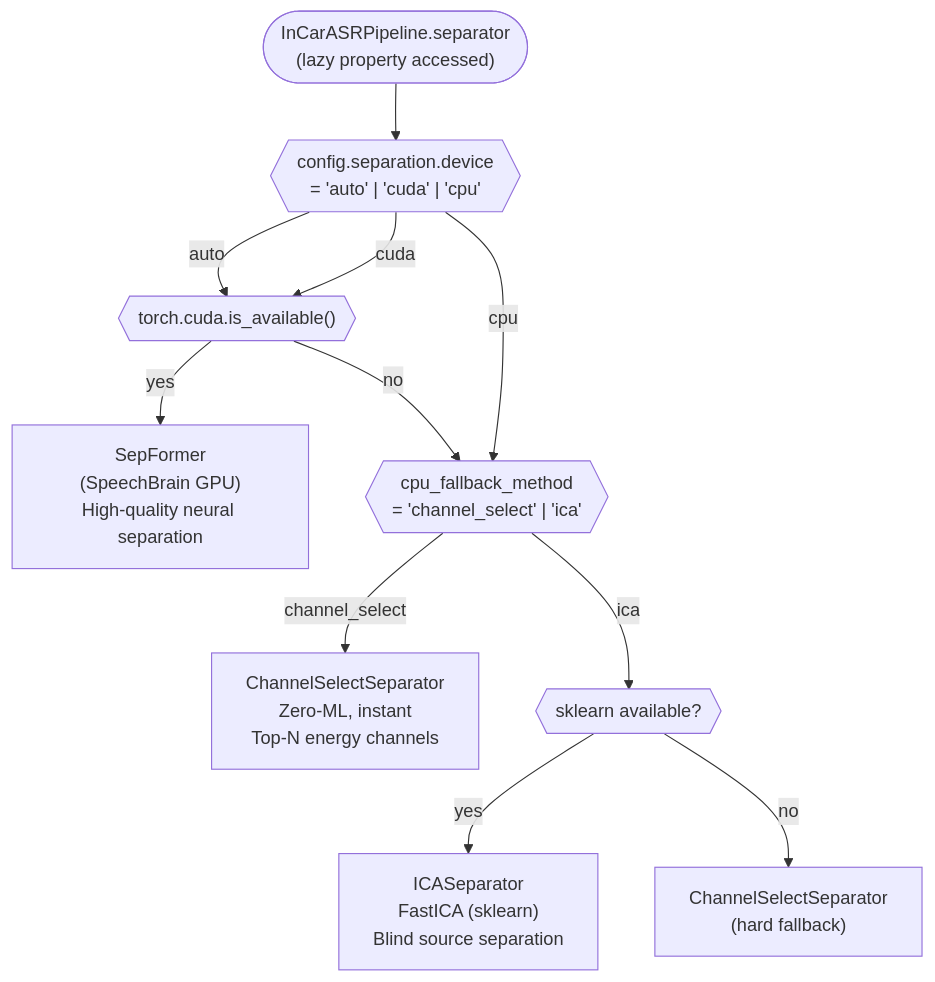
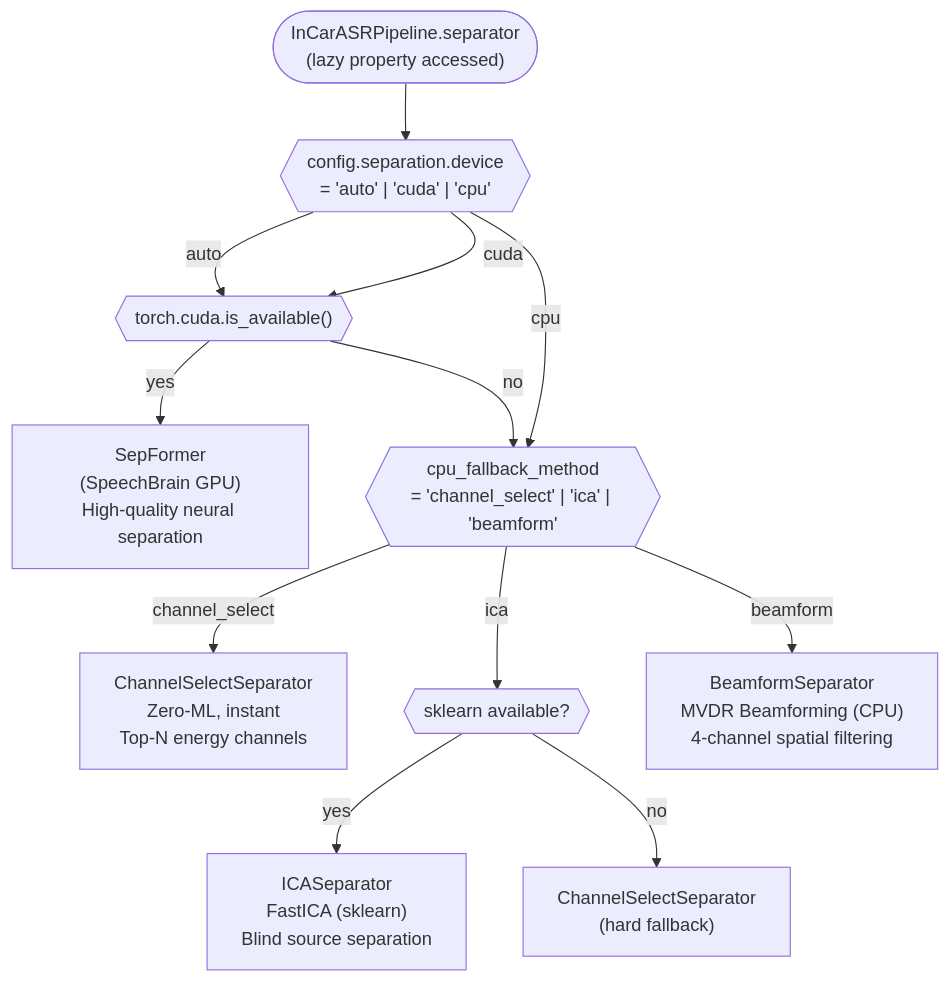
One commit to xt2201/InCar-MSAR-In-Car-Multi-Speaker-ASR-System changed the fifth of 5 diagrams in docs/incar_msar_architecture.md. Above: the diagram before and after it, drawn with Mermaid. The commit also changed other lines of this file and 22 other files, not shown here.

````diff
--- a/docs/incar_msar_architecture.md
+++ b/docs/incar_msar_architecture.md
@@ -285,31 +291,34 @@
 ```mermaid
 flowchart TD
     START(["InCarASRPipeline.separator<br/>(lazy property accessed)"])
 
     CFG_DEV{{"config.separation.device<br/>= 'auto' | 'cuda' | 'cpu'"}}
 
     GPU_AVAIL{{"torch.cuda.is_available()"}}
 
     SEPFORMER["SepFormer<br/>(SpeechBrain GPU)<br/>High-quality neural separation"]
 
-    CPU_METHOD{{"cpu_fallback_method<br/>= 'channel_select' | 'ica'"}}
+    CPU_METHOD{{"cpu_fallback_method<br/>= 'channel_select' | 'ica' | 'beamform'"}}
 
     CHAN_SEL["ChannelSelectSeparator<br/>Zero-ML, instant<br/>Top-N energy channels"]
 
     ICA_SEP["ICASeparator<br/>FastICA (sklearn)<br/>Blind source separation"]
+
+    BEAM_SEP["BeamformSeparator<br/>MVDR Beamforming (CPU)<br/>4-channel spatial filtering"]
 
     ICA_AVAIL{{"sklearn available?"}}
 
     CHAN_FALLBACK["ChannelSelectSeparator<br/>(hard fallback)"]
 
     START --> CFG_DEV
     CFG_DEV -->|"auto"| GPU_AVAIL
     CFG_DEV -->|"cuda"| GPU_AVAIL
     CFG_DEV -->|"cpu"| CPU_METHOD
     GPU_AVAIL -->|"yes"| SEPFORMER
     GPU_AVAIL -->|"no"| CPU_METHOD
     CPU_METHOD -->|"channel_select"| CHAN_SEL
     CPU_METHOD -->|"ica"| ICA_AVAIL
+    CPU_METHOD -->|"beamform"| BEAM_SEP
     ICA_AVAIL -->|"yes"| ICA_SEP
     ICA_AVAIL -->|"no"| CHAN_FALLBACK
 ```
````
